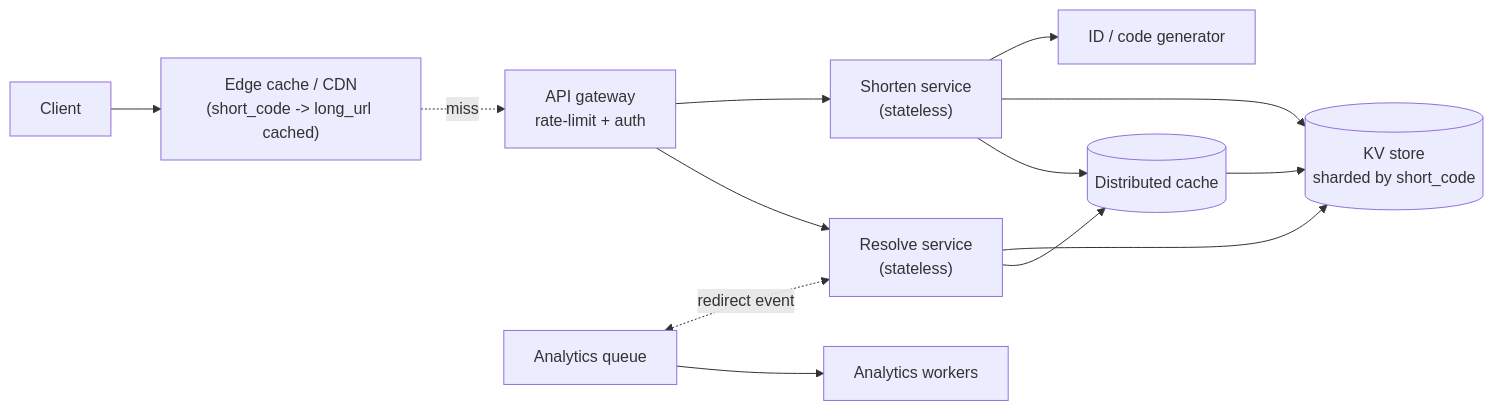
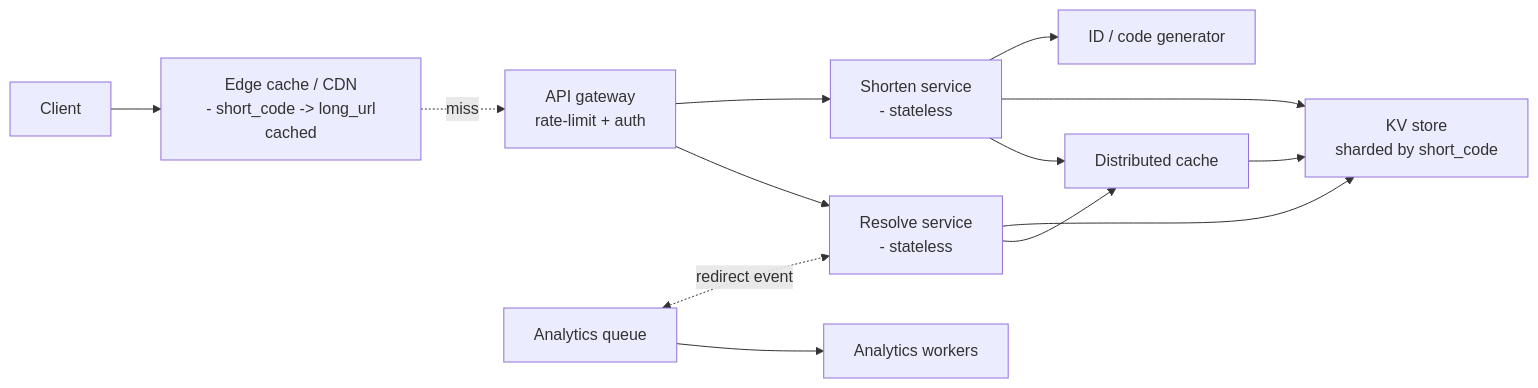
The first of 4 diagrams in case-studies/beginner/url-shortener.md (RIT-MESH/system-design-mastery), drawn with Mermaid before and after one commit. The commit also changed other lines of this file and 139 other files, not shown here.

First line of the commit message:
Fix Mermaid parse errors: replace parentheses in node labels across 140 files

````diff
--- a/case-studies/beginner/url-shortener.md
+++ b/case-studies/beginner/url-shortener.md
@@ -102,16 +102,16 @@
 ```mermaid
 %% created-for: system-design-mastery
 flowchart LR
-  Client --> CDN["Edge cache / CDN<br/>(short_code -> long_url cached)"]
+  Client --> CDN["Edge cache / CDN<br/> - short_code -> long_url cached"]
   CDN -.miss.-> GW["API gateway<br/>rate-limit + auth"]
-  GW --> Shorten["Shorten service<br/>(stateless)"]
-  GW --> Resolve["Resolve service<br/>(stateless)"]
+  GW --> Shorten["Shorten service<br/> - stateless"]
+  GW --> Resolve["Resolve service<br/> - stateless"]
   Shorten --> IDS["ID / code generator"]
-  Shorten --> DB[("KV store<br/>sharded by short_code")]
+  Shorten --> DB["KV store<br/>sharded by short_code"]
   Resolve --> DB
-  Resolve --> Cache[("Distributed cache")]
+  Resolve --> Cache["Distributed cache"]
   Cache --> DB
   Shorten --> Cache
   AnalyticsQ["Analytics queue"] <-. redirect event .-> Resolve
   AnalyticsQ --> Workers["Analytics workers"]
 ```
````
